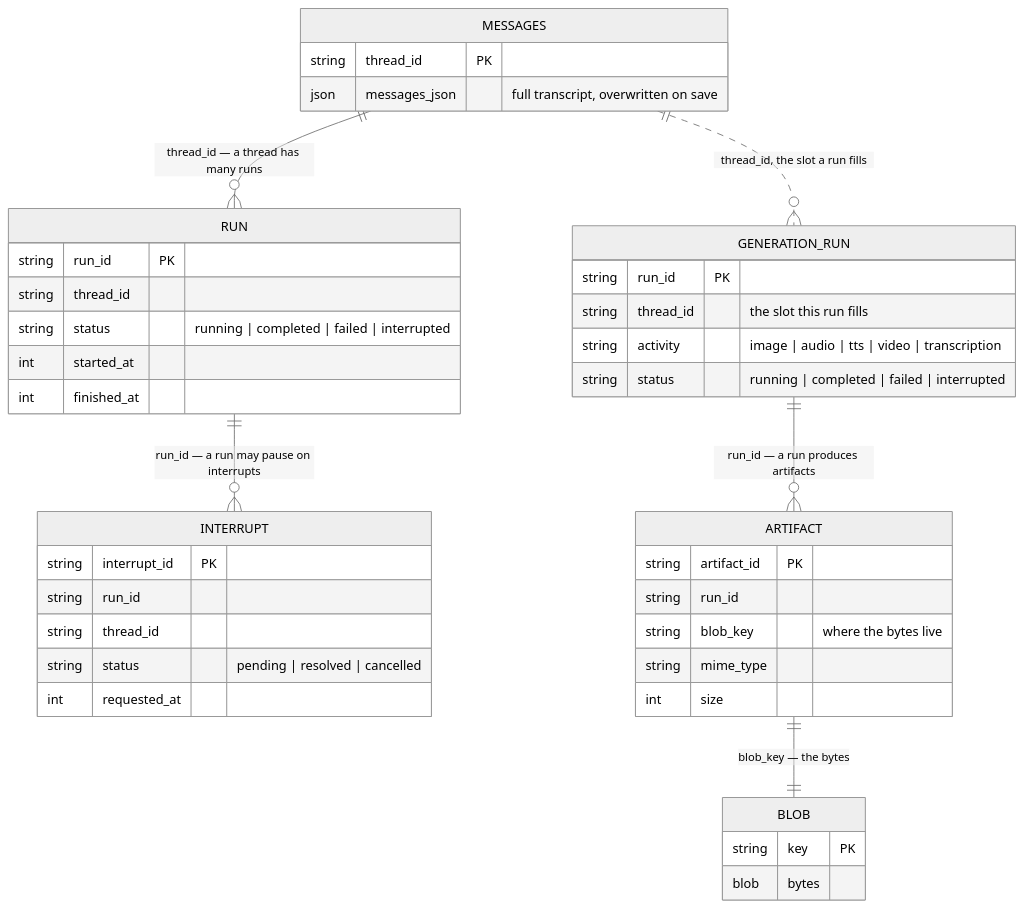
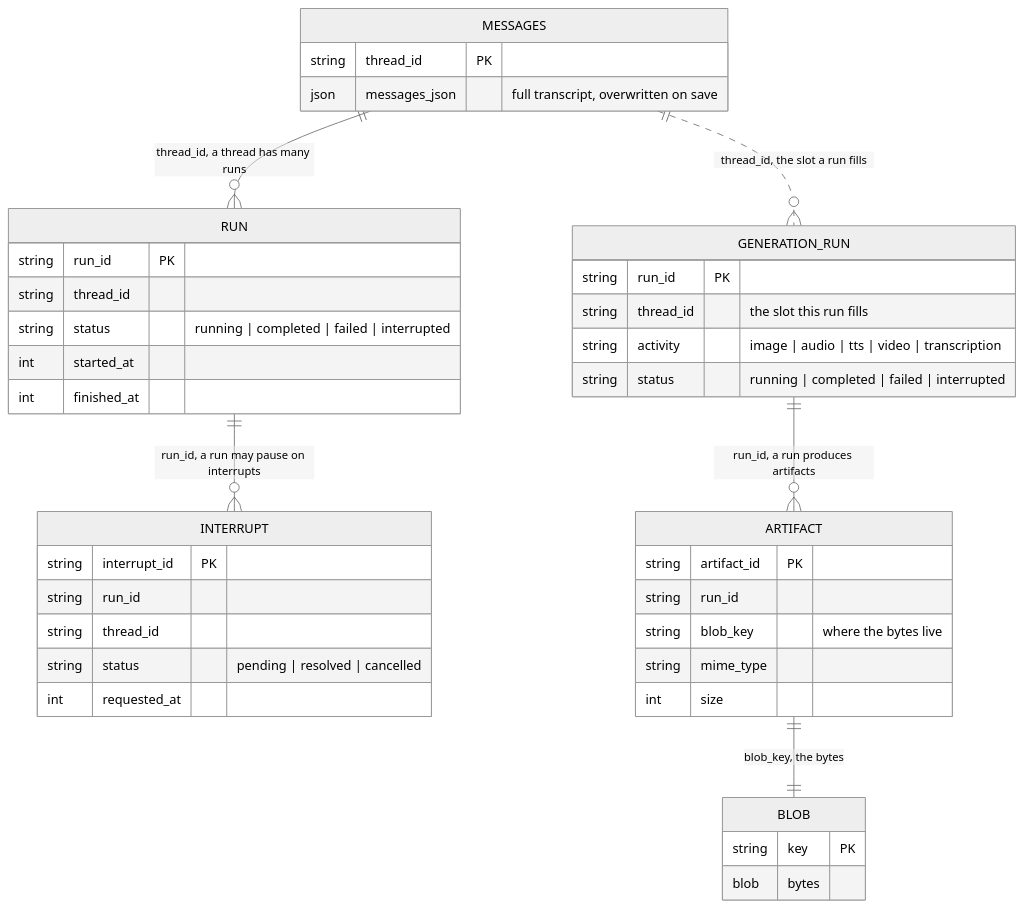
One commit to 8times4/ai changed the diagram in docs/persistence/build-your-own-adapter.md. Above: the diagram before and after it, drawn with Mermaid (neutral theme). The commit also changed other lines of this file and 84 other files, not shown here.

````diff
--- a/docs/persistence/build-your-own-adapter.md
+++ b/docs/persistence/build-your-own-adapter.md
@@ -139,44 +146,44 @@
 ```mermaid
 erDiagram
-    MESSAGES ||--o{ RUN : "thread_id — a thread has many runs"
-    RUN ||--o{ INTERRUPT : "run_id — a run may pause on interrupts"
+    MESSAGES ||--o{ RUN : "thread_id, a thread has many runs"
+    RUN ||--o{ INTERRUPT : "run_id, a run may pause on interrupts"
     MESSAGES ||..o{ GENERATION_RUN : "thread_id, the slot a run fills"
-    GENERATION_RUN ||--o{ ARTIFACT : "run_id — a run produces artifacts"
-    ARTIFACT ||--|| BLOB : "blob_key — the bytes"
+    GENERATION_RUN ||--o{ ARTIFACT : "run_id, a run produces artifacts"
+    ARTIFACT ||--|| BLOB : "blob_key, the bytes"
 
     MESSAGES {
         string thread_id PK
         json messages_json "full transcript, overwritten on save"
     }
     RUN {
         string run_id PK
         string thread_id
         string status "running | completed | failed | interrupted"
         int started_at
         int finished_at
     }
     INTERRUPT {
         string interrupt_id PK
         string run_id
         string thread_id
         string status "pending | resolved | cancelled"
         int requested_at
     }
     GENERATION_RUN {
         string run_id PK
         string thread_id "the slot this run fills"
         string activity "image | audio | tts | video | transcription"
         string status "running | completed | failed | interrupted"
     }
     ARTIFACT {
         string artifact_id PK
         string run_id
         string blob_key "where the bytes live"
         string mime_type
         int size
     }
     BLOB {
         string key PK
         blob bytes
     }
 ```
````
